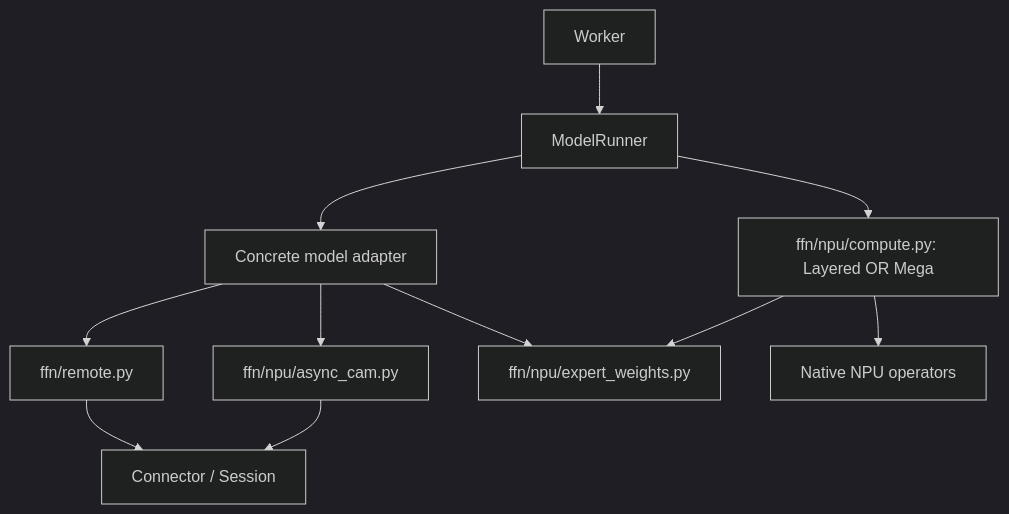
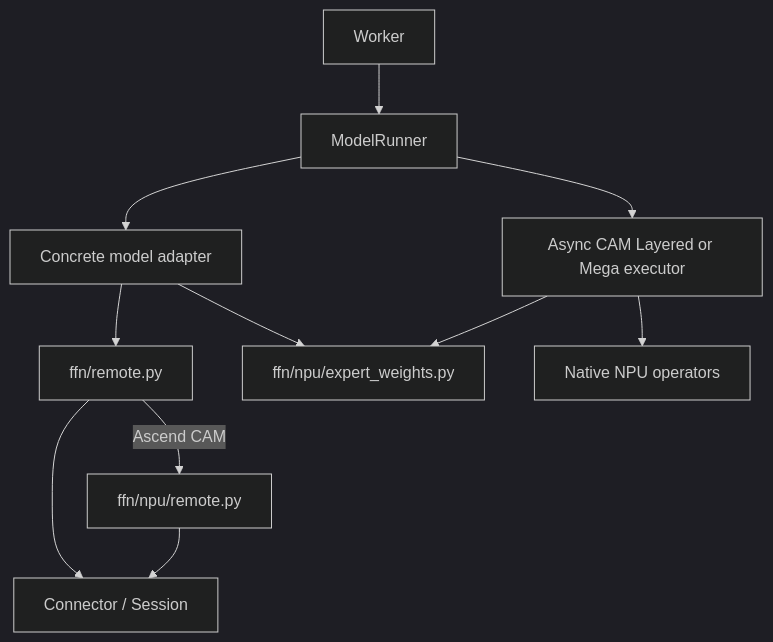
The first of 2 diagrams in docs/design/module/model_integration.md (vllm-project/afd-plugin), drawn with Mermaid (dark theme) before and after one commit. The commit also changed other lines of this file and 25 other files, not shown here.

First line of the commit message:
[Refactor][Ascend] Let CAMP2P and Async CAM select the DeepSeek MoE runner (#660)

````diff
--- a/docs/design/module/model_integration.md
+++ b/docs/design/module/model_integration.md
@@ -83,13 +84,13 @@
 ```mermaid
 flowchart TD
     Worker[Worker] --> Runner[ModelRunner]
     Runner --> Model[Concrete model adapter]
     Model --> Remote[ffn/remote.py]
     Remote --> Connector[Connector / Session]
-    Model --> CAM[ffn/npu/async_cam.py]
+    Remote -->|Ascend CAM| CAM[ffn/npu/remote.py]
     CAM --> Connector
     Model --> Weights[ffn/npu/expert_weights.py]
-    Runner --> Compute[ffn/npu/compute.py: Layered OR Mega]
+    Runner --> Compute[Async CAM Layered or Mega executor]
     Compute --> Weights
     Compute --> Native[Native NPU operators]
 ```
````
